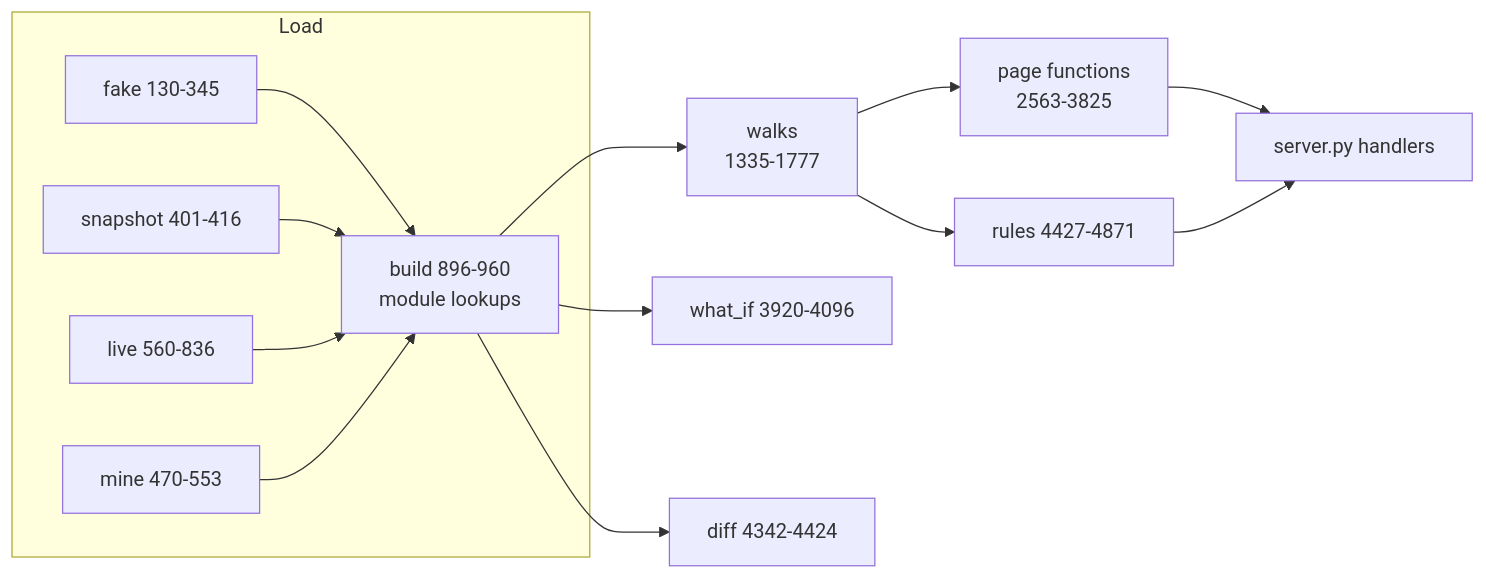
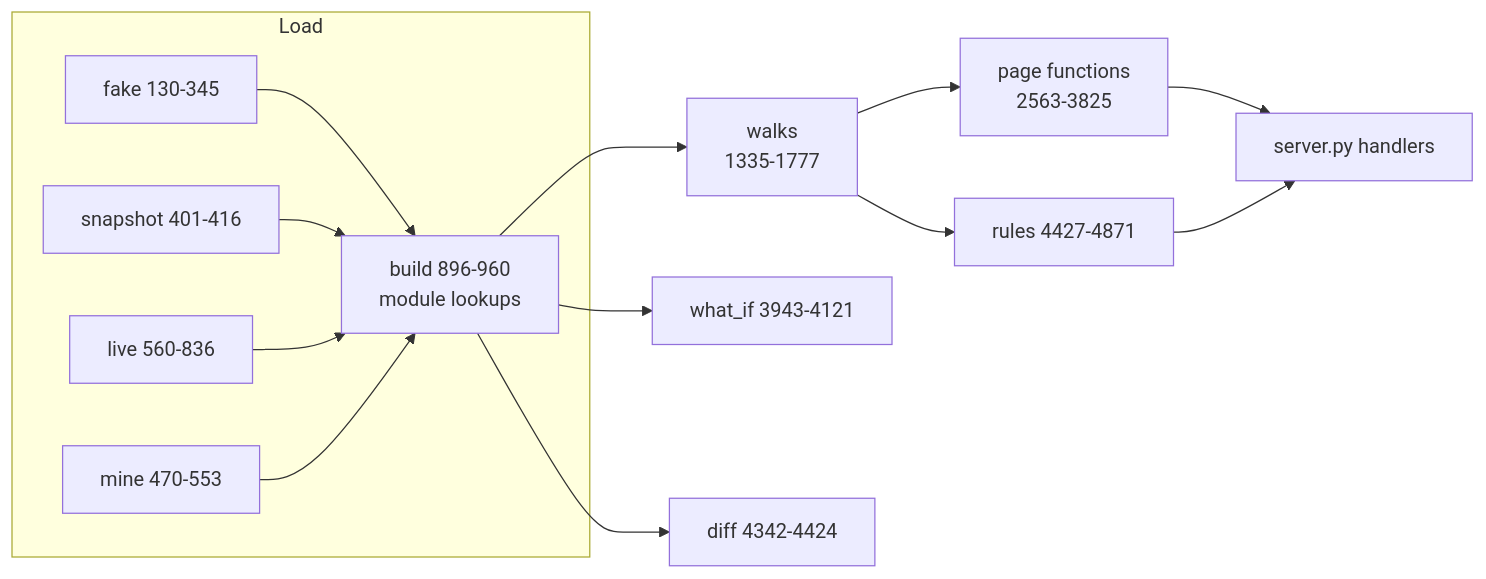
One commit to darshanmeel/snowflake-access-explorer changed the first of 2 diagrams in snowflake-access-explorer-knowledge-graph/modules/access.md. Above: the diagram before and after it, drawn with Mermaid. The commit also changed other lines of this file and 147 other files, not shown here.

````diff
--- a/snowflake-access-explorer-knowledge-graph/modules/access.md
+++ b/snowflake-access-explorer-knowledge-graph/modules/access.md
@@ -5,16 +5,16 @@
 ```mermaid
 flowchart LR
   subgraph Load
     F[fake 130-345] --> B
     SN[snapshot 401-416] --> B
     LV[live 560-836] --> B
     MI[mine 470-553] --> B
   end
   B[build 896-960<br/>module lookups] --> W[walks<br/>1335-1777]
   W --> P[page functions<br/>2563-3825]
   W --> R[rules 4427-4871]
-  B --> WI[what_if 3920-4096]
+  B --> WI[what_if 3943-4121]
   B --> DF[diff 4342-4424]
   P --> S[server.py handlers]
   R --> S
 ```
````
